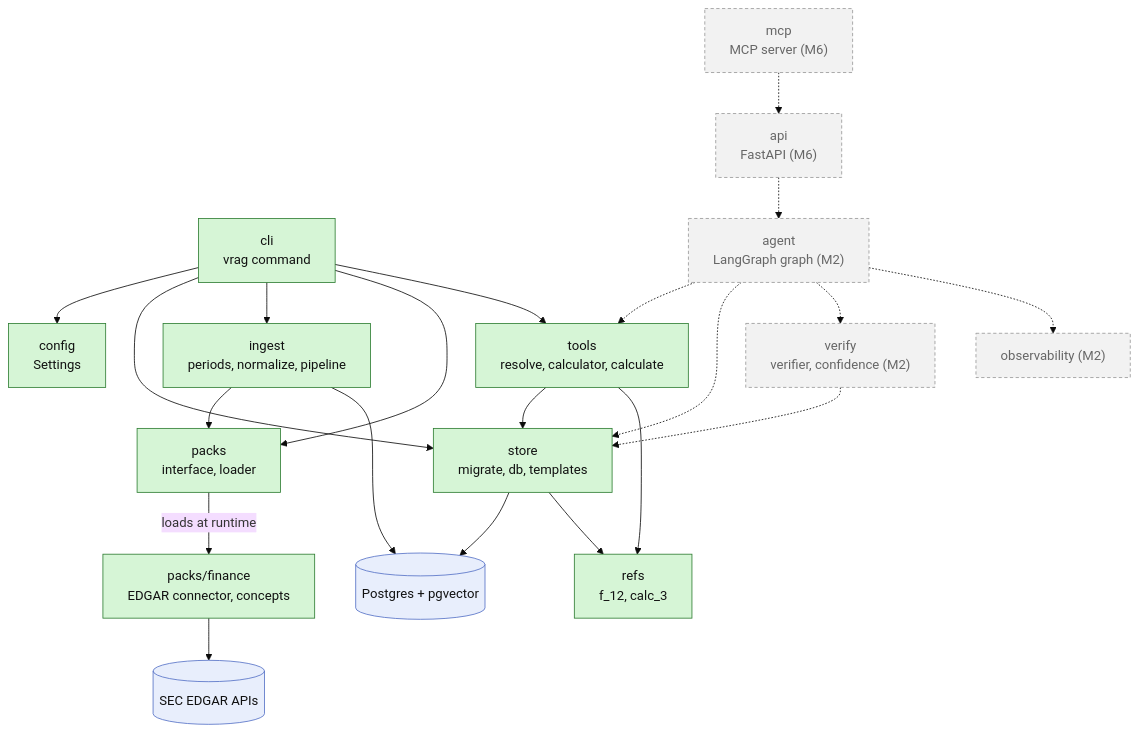
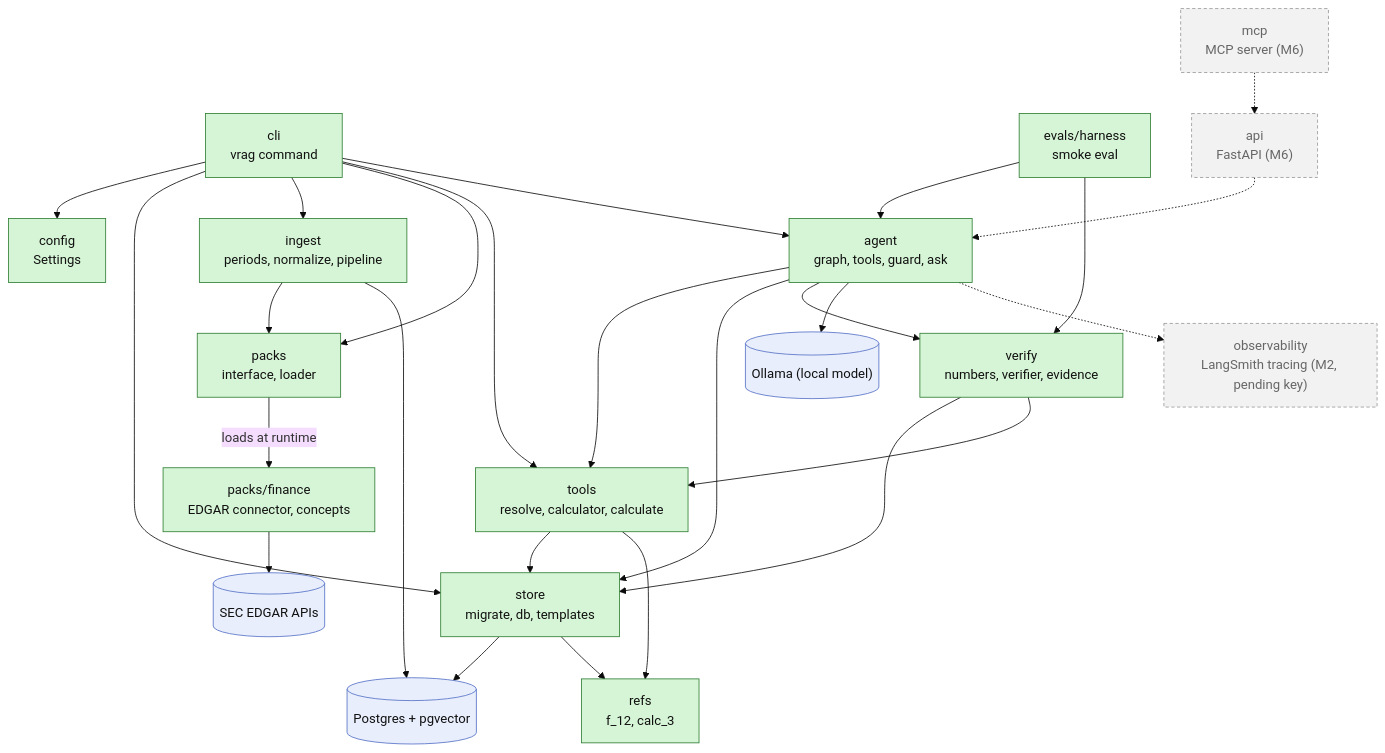
The first of 10 diagrams in docs/code-map.md (ChinmayLokare/verified-rag), drawn with Mermaid (base theme) before and after one commit. The commit also changed other lines of this file and 32 other files, not shown here.

First line of the commit message:
M2: agent and verifier on a free local model

````diff
--- a/docs/code-map.md
+++ b/docs/code-map.md
@@ -29,46 +29,53 @@
 ```mermaid
 flowchart TD
     classDef built fill:#d6f5d6,stroke:#2e7d32,color:#111
     classDef planned fill:#f2f2f2,stroke:#999,stroke-dasharray:4 3,color:#666
     classDef ext fill:#e8eefc,stroke:#5470c6,color:#111
 
     cli["cli<br/>vrag command"]:::built
     config["config<br/>Settings"]:::built
     refs["refs<br/>f_12, calc_3"]:::built
     store["store<br/>migrate, db, templates"]:::built
     ingest["ingest<br/>periods, normalize, pipeline"]:::built
     packs["packs<br/>interface, loader"]:::built
     tools["tools<br/>resolve, calculator, calculate"]:::built
     finance["packs/finance<br/>EDGAR connector, concepts"]:::built
 
-    agent["agent<br/>LangGraph graph (M2)"]:::planned
-    verify["verify<br/>verifier, confidence (M2)"]:::planned
-    obs["observability (M2)"]:::planned
+    agent["agent<br/>graph, tools, guard, ask"]:::built
+    verify["verify<br/>numbers, verifier, evidence"]:::built
+    evals["evals/harness<br/>smoke eval"]:::built
+    ollama[("Ollama (local model)")]:::ext
+    obs["observability<br/>LangSmith tracing (M2, pending key)"]:::planned
     api["api<br/>FastAPI (M6)"]:::planned
     mcp["mcp<br/>MCP server (M6)"]:::planned
 
     pg[("Postgres + pgvector")]:::ext
     edgar[("SEC EDGAR APIs")]:::ext
 
     cli --> config
     cli --> store
     cli --> ingest
     cli --> packs
     cli --> tools
     ingest --> packs
     packs -->|"loads at runtime"| finance
     finance --> edgar
     store --> pg
     ingest --> pg
     tools --> store
     tools --> refs
     store --> refs
 
-    agent -.-> tools
-    agent -.-> store
-    agent -.-> verify
-    verify -.-> store
+    cli --> agent
+    agent --> tools
+    agent --> store
+    agent --> verify
+    agent --> ollama
+    verify --> store
+    verify --> tools
+    evals --> agent
+    evals --> verify
     agent -.-> obs
     api -.-> agent
     mcp -.-> api
 ```
````
